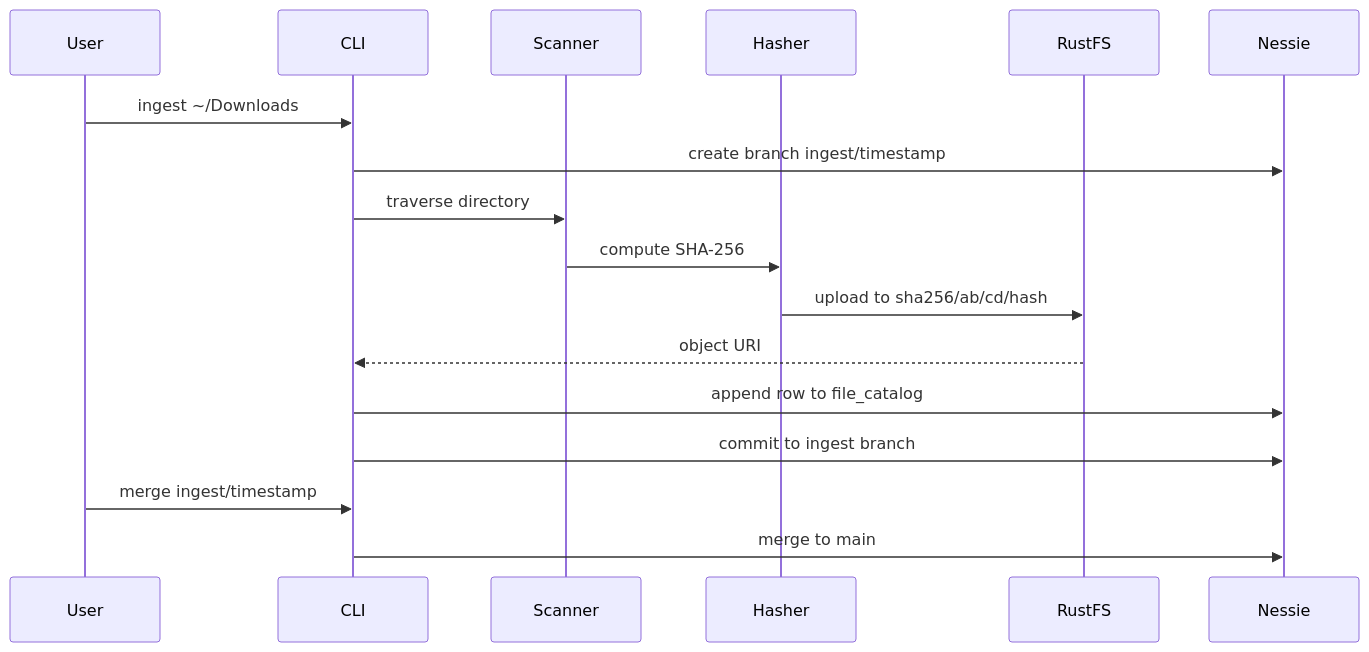
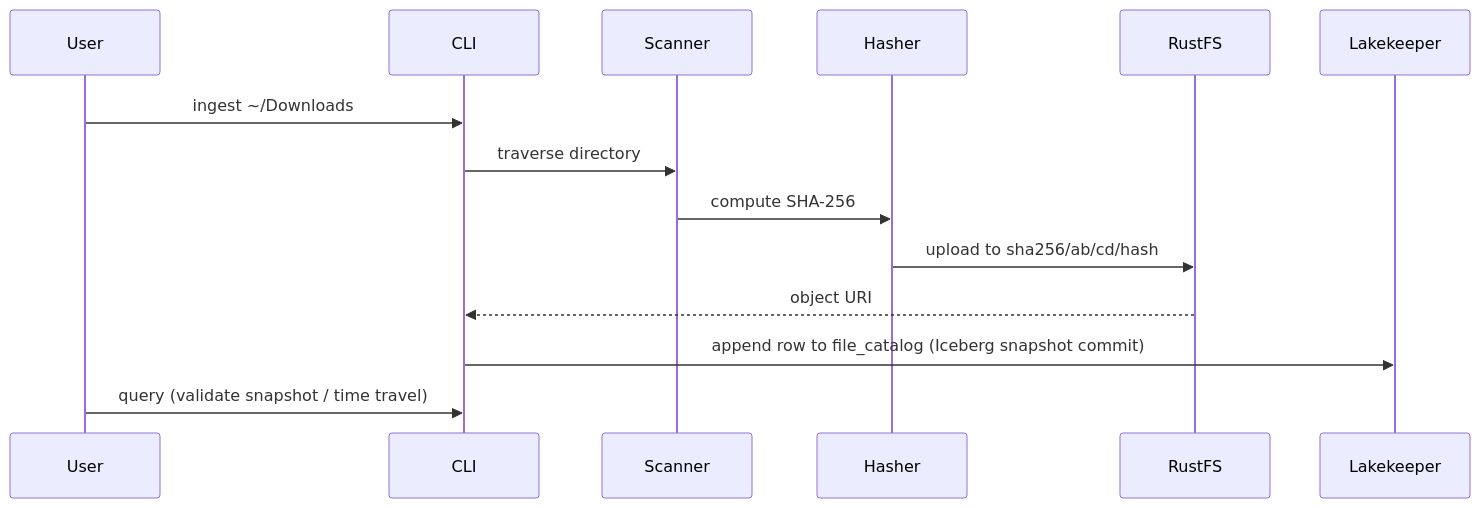
One commit to sm4rtm4art/anti_entropator changed the second of 2 diagrams in docs/design/architecture.md. Above: the diagram before and after it, drawn with Mermaid. The commit also changed other lines of this file and 12 other files, not shown here.

````diff
--- a/docs/design/architecture.md
+++ b/docs/design/architecture.md
@@ -85,20 +85,17 @@
 ```mermaid
 sequenceDiagram
     participant User
     participant CLI
     participant Scanner
     participant Hasher
     participant RustFS
-    participant Nessie
+    participant Lakekeeper
 
     User->>CLI: ingest ~/Downloads
-    CLI->>Nessie: create branch ingest/timestamp
     CLI->>Scanner: traverse directory
     Scanner->>Hasher: compute SHA-256
     Hasher->>RustFS: upload to sha256/ab/cd/hash
     RustFS-->>CLI: object URI
-    CLI->>Nessie: append row to file_catalog
-    CLI->>Nessie: commit to ingest branch
-    User->>CLI: merge ingest/timestamp
-    CLI->>Nessie: merge to main
+    CLI->>Lakekeeper: append row to file_catalog (Iceberg snapshot commit)
+    User->>CLI: query (validate snapshot / time travel)
 ```
````
